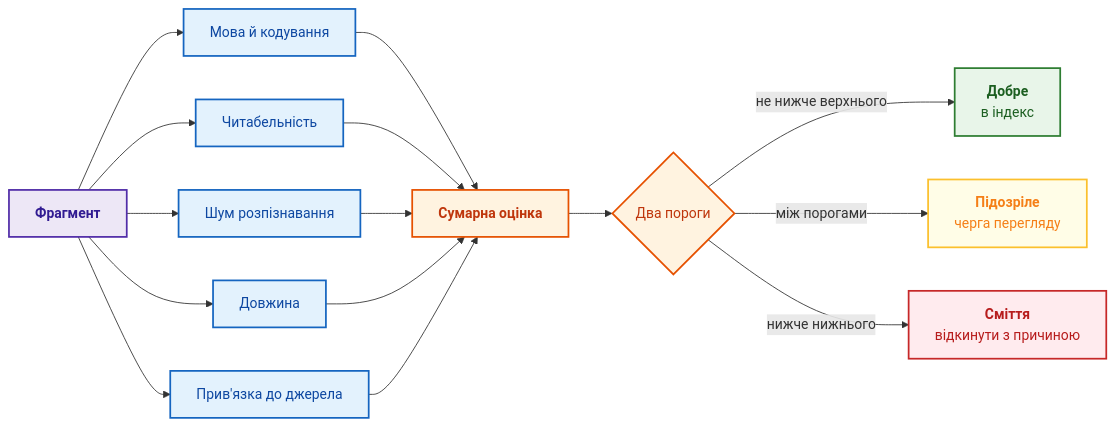
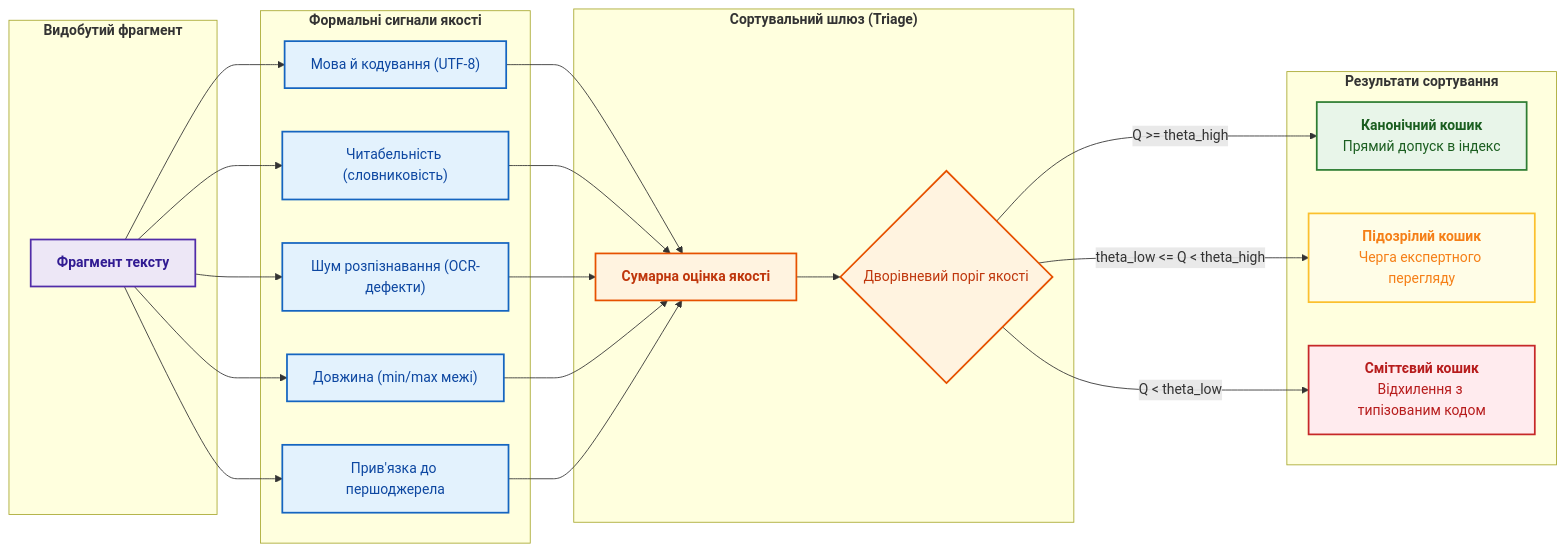
The seventh of 10 diagrams in ExpertSystem/ch08-engineering-artifacts-as-data.md (nick-fedchik/articles), drawn with Mermaid before and after one commit. The commit also changed other lines of this file and 1 other file, not shown here.

Commit message:
docs(ch08): modernize legacy Mermaid diagrams to publication-grade flowchart and sync registry

````diff
--- a/ExpertSystem/ch08-engineering-artifacts-as-data.md
+++ b/ExpertSystem/ch08-engineering-artifacts-as-data.md
@@ -612,34 +643,59 @@
 ```mermaid
-graph LR
+flowchart LR
     accTitle: Первинне сортування фрагментів перед індексацією
     accDescr: Фрагмент оцінюють за мовою й кодуванням, читабельністю, шумом розпізнавання, довжиною й прив'язкою до джерела, а за сумарною оцінкою розподіляють у три кошики.
 
-    F["<b>Фрагмент</b>"] --> L["Мова й кодування"]
-    F --> R["Читабельність"]
-    F --> N["Шум розпізнавання"]
-    F --> Ln["Довжина"]
-    F --> Sr["Прив'язка до джерела"]
-    L --> SC["<b>Сумарна оцінка</b>"]
+    subgraph FragIn["<b>Видобутий фрагмент</b>"]
+        F["<b>Фрагмент тексту</b>"]
+    end
+
+    subgraph QualitySignals["<b>Формальні сигнали якості</b>"]
+        L["Мова й кодування (UTF-8)"]
+        R["Читабельність (словниковість)"]
+        N["Шум розпізнавання (OCR-дефекти)"]
+        Ln["Довжина (min/max межі)"]
+        Sr["Прив'язка до першоджерела"]
+    end
+
+    subgraph DecisionTriage["<b>Сортувальний шлюз (Triage)</b>"]
+        SC["<b>Сумарна оцінка якості</b>"]
+        G{"Дворівневий поріг якості"}
+    end
+
+    subgraph TargetBuckets["<b>Результати сортування</b>"]
+        Good["<b>Канонічний кошик</b><br/>Прямий допуск в індекс"]
+        Susp["<b>Підозрілий кошик</b><br/>Черга експертного перегляду"]
+        Trash["<b>Сміттєвий кошик</b><br/>Відхилення з типізованим кодом"]
+    end
+
+    F --> L
+    F --> R
+    F --> N
+    F --> Ln
+    F --> Sr
+
+    L --> SC
     R --> SC
     N --> SC
     Ln --> SC
     Sr --> SC
-    SC --> G{"Два пороги"}
-    G -->|"не нижче верхнього"| Good["<b>Добре</b><br/>в індекс"]
-    G -->|"між порогами"| Susp["<b>Підозріле</b><br/>черга перегляду"]
-    G -->|"нижче нижнього"| Trash["<b>Сміття</b><br/>відкинути з причиною"]
+
+    SC --> G
+    G -->|"Q >= theta_high"| Good
+    G -->|"theta_low <= Q < theta_high"| Susp
+    G -->|"Q < theta_low"| Trash
 
     classDef frag fill:#ede7f6,stroke:#512da8,stroke-width:2px,color:#311b92;
     classDef signal fill:#e3f2fd,stroke:#1565c0,stroke-width:2px,color:#0d47a1;
     classDef score fill:#fff3e0,stroke:#e65100,stroke-width:2px,color:#bf360c;
     classDef good fill:#e8f5e9,stroke:#2e7d32,stroke-width:2px,color:#1b5e20;
     classDef susp fill:#fffde7,stroke:#fbc02d,stroke-width:2px,color:#f57f17;
     classDef trash fill:#ffebee,stroke:#c62828,stroke-width:2px,color:#b71c1c;
 
     class F frag;
     class L,R,N,Ln,Sr signal;
     class SC,G score;
     class Good good;
     class Susp susp;
     class Trash trash;
 ```
````
